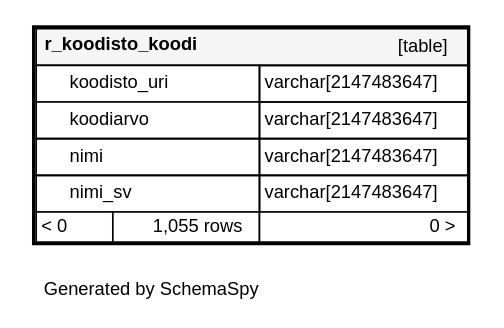
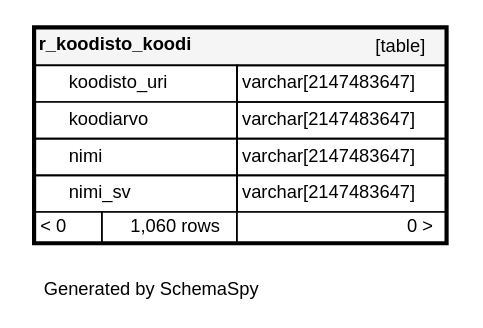
One commit to Opetushallitus/koski changed the diagram in documentation/tietokantaskeemat/koski-raportointikanta/diagrams/tables/r_koodisto_koodi.1degree.dot. Above: the diagram before and after it, drawn with Graphviz. The commit also changed 248 other files, not shown here.

```diff
--- a/documentation/tietokantaskeemat/koski-raportointikanta/diagrams/tables/r_koodisto_koodi.1degree.dot
+++ b/documentation/tietokantaskeemat/koski-raportointikanta/diagrams/tables/r_koodisto_koodi.1degree.dot
@@ -1,17 +1,17 @@
 digraph "oneDegreeRelationshipsDiagram" {
   graph [    rankdir="RL"    bgcolor="#ffffff"    label="\nGenerated by SchemaSpy"    labeljust="l"    nodesep="0.18"    ranksep="0.46"    fontname="Helvetica"    fontsize="11"    ration="compress"  ];  node [    fontname="Helvetica"    fontsize="11"    shape="plaintext"  ];  edge [    arrowsize="0.8"  ];
   "r_koodisto_koodi" [
    label=<
     <TABLE BORDER="2" CELLBORDER="1" CELLSPACING="0" BGCOLOR="#ffffff">
-      <TR><TD COLSPAN="4"  BGCOLOR="#f5f5f5"><TABLE BORDER="0" CELLSPACING="0"><TR><TD ALIGN="LEFT" FIXEDSIZE="TRUE" WIDTH="113" HEIGHT="16"><B>r_koodisto_koodi</B></TD><TD ALIGN="RIGHT">[table]</TD></TR></TABLE></TD></TR>
-      <TR><TD PORT="koodisto_uri" COLSPAN="2" BGCOLOR="#ffffff" ALIGN="LEFT"><TABLE BORDER="0" CELLSPACING="0" ALIGN="LEFT"><TR ALIGN="LEFT"><TD ALIGN="LEFT" FIXEDSIZE="TRUE" WIDTH="15" HEIGHT="16"></TD><TD ALIGN="LEFT" FIXEDSIZE="TRUE" WIDTH="113" HEIGHT="16">koodisto_uri</TD></TR></TABLE></TD><TD PORT="koodisto_uri.type" ALIGN="LEFT">varchar[2147483647]</TD></TR>
-      <TR><TD PORT="koodiarvo" COLSPAN="2" BGCOLOR="#ffffff" ALIGN="LEFT"><TABLE BORDER="0" CELLSPACING="0" ALIGN="LEFT"><TR ALIGN="LEFT"><TD ALIGN="LEFT" FIXEDSIZE="TRUE" WIDTH="15" HEIGHT="16"></TD><TD ALIGN="LEFT" FIXEDSIZE="TRUE" WIDTH="113" HEIGHT="16">koodiarvo</TD></TR></TABLE></TD><TD PORT="koodiarvo.type" ALIGN="LEFT">varchar[2147483647]</TD></TR>
-      <TR><TD PORT="nimi" COLSPAN="2" ALIGN="LEFT"><TABLE BORDER="0" CELLSPACING="0" ALIGN="LEFT"><TR ALIGN="LEFT"><TD ALIGN="LEFT" FIXEDSIZE="TRUE" WIDTH="15" HEIGHT="16"></TD><TD ALIGN="LEFT" FIXEDSIZE="TRUE" WIDTH="113" HEIGHT="16">nimi</TD></TR></TABLE></TD><TD PORT="nimi.type" ALIGN="LEFT">varchar[2147483647]</TD></TR>
-      <TR><TD PORT="nimi_sv" COLSPAN="2" ALIGN="LEFT"><TABLE BORDER="0" CELLSPACING="0" ALIGN="LEFT"><TR ALIGN="LEFT"><TD ALIGN="LEFT" FIXEDSIZE="TRUE" WIDTH="15" HEIGHT="16"></TD><TD ALIGN="LEFT" FIXEDSIZE="TRUE" WIDTH="113" HEIGHT="16">nimi_sv</TD></TR></TABLE></TD><TD PORT="nimi_sv.type" ALIGN="LEFT">varchar[2147483647]</TD></TR>
-      <TR><TD ALIGN="LEFT" BGCOLOR="#ffffff">&lt; 0</TD><TD ALIGN="RIGHT" BGCOLOR="#ffffff">1,055 rows</TD><TD ALIGN="RIGHT" BGCOLOR="#ffffff">0 &gt;</TD></TR>
+      <TR><TD COLSPAN="4"  BGCOLOR="#f5f5f5"><TABLE BORDER="0" CELLSPACING="0"><TR><TD ALIGN="LEFT" FIXEDSIZE="TRUE" WIDTH="100" HEIGHT="16"><B>r_koodisto_koodi</B></TD><TD ALIGN="RIGHT">[table]</TD></TR></TABLE></TD></TR>
+      <TR><TD PORT="koodisto_uri" COLSPAN="2" BGCOLOR="#ffffff" ALIGN="LEFT"><TABLE BORDER="0" CELLSPACING="0" ALIGN="LEFT"><TR ALIGN="LEFT"><TD ALIGN="LEFT" FIXEDSIZE="TRUE" WIDTH="15" HEIGHT="16"></TD><TD ALIGN="LEFT" FIXEDSIZE="TRUE" WIDTH="100" HEIGHT="16">koodisto_uri</TD></TR></TABLE></TD><TD PORT="koodisto_uri.type" ALIGN="LEFT">varchar[2147483647]</TD></TR>
+      <TR><TD PORT="koodiarvo" COLSPAN="2" BGCOLOR="#ffffff" ALIGN="LEFT"><TABLE BORDER="0" CELLSPACING="0" ALIGN="LEFT"><TR ALIGN="LEFT"><TD ALIGN="LEFT" FIXEDSIZE="TRUE" WIDTH="15" HEIGHT="16"></TD><TD ALIGN="LEFT" FIXEDSIZE="TRUE" WIDTH="100" HEIGHT="16">koodiarvo</TD></TR></TABLE></TD><TD PORT="koodiarvo.type" ALIGN="LEFT">varchar[2147483647]</TD></TR>
+      <TR><TD PORT="nimi" COLSPAN="2" ALIGN="LEFT"><TABLE BORDER="0" CELLSPACING="0" ALIGN="LEFT"><TR ALIGN="LEFT"><TD ALIGN="LEFT" FIXEDSIZE="TRUE" WIDTH="15" HEIGHT="16"></TD><TD ALIGN="LEFT" FIXEDSIZE="TRUE" WIDTH="100" HEIGHT="16">nimi</TD></TR></TABLE></TD><TD PORT="nimi.type" ALIGN="LEFT">varchar[2147483647]</TD></TR>
+      <TR><TD PORT="nimi_sv" COLSPAN="2" ALIGN="LEFT"><TABLE BORDER="0" CELLSPACING="0" ALIGN="LEFT"><TR ALIGN="LEFT"><TD ALIGN="LEFT" FIXEDSIZE="TRUE" WIDTH="15" HEIGHT="16"></TD><TD ALIGN="LEFT" FIXEDSIZE="TRUE" WIDTH="100" HEIGHT="16">nimi_sv</TD></TR></TABLE></TD><TD PORT="nimi_sv.type" ALIGN="LEFT">varchar[2147483647]</TD></TR>
+      <TR><TD ALIGN="LEFT" BGCOLOR="#ffffff">&lt; 0</TD><TD ALIGN="RIGHT" BGCOLOR="#ffffff">1,060 rows</TD><TD ALIGN="RIGHT" BGCOLOR="#ffffff">0 &gt;</TD></TR>
     </TABLE>>
     URL="../../tables/r_koodisto_koodi.html"
     target="_top"
     tooltip="r_koodisto_koodi"
   ];
 }
```
